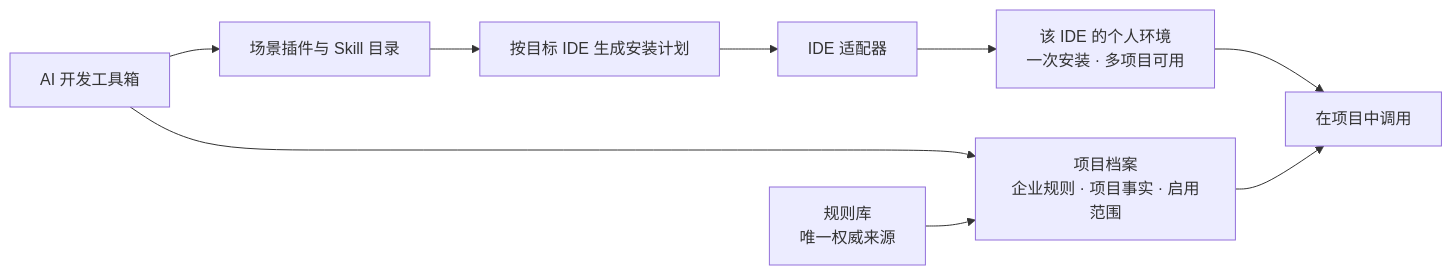
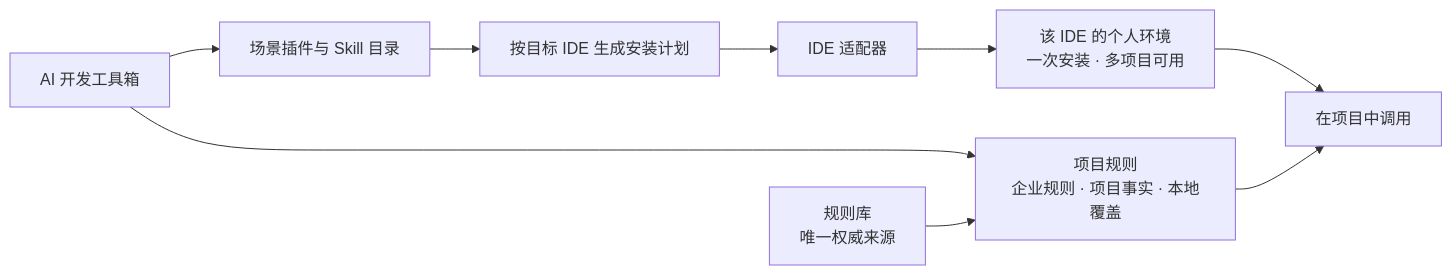
Before and after one commit to yadan177/AgentRuleKit: the diagram in docs/product-architecture.md, drawn with Mermaid. The commit also changed other lines of this file and 33 other files, not shown here.

````diff
--- a/docs/product-architecture.md
+++ b/docs/product-architecture.md
@@ -65,11 +65,11 @@
 ```mermaid
 flowchart LR
     A[AI 开发工具箱] --> P[场景插件与 Skill 目录]
     P --> D[按目标 IDE 生成安装计划]
     D --> E[IDE 适配器]
     E --> F[该 IDE 的个人环境<br/>一次安装 · 多项目可用]
-    A --> C[项目档案<br/>企业规则 · 项目事实 · 启用范围]
+    A --> C[项目规则<br/>企业规则 · 项目事实 · 本地覆盖]
     B[规则库<br/>唯一权威来源] --> C
     F --> R[在项目中调用]
     C --> R
 ```
````
